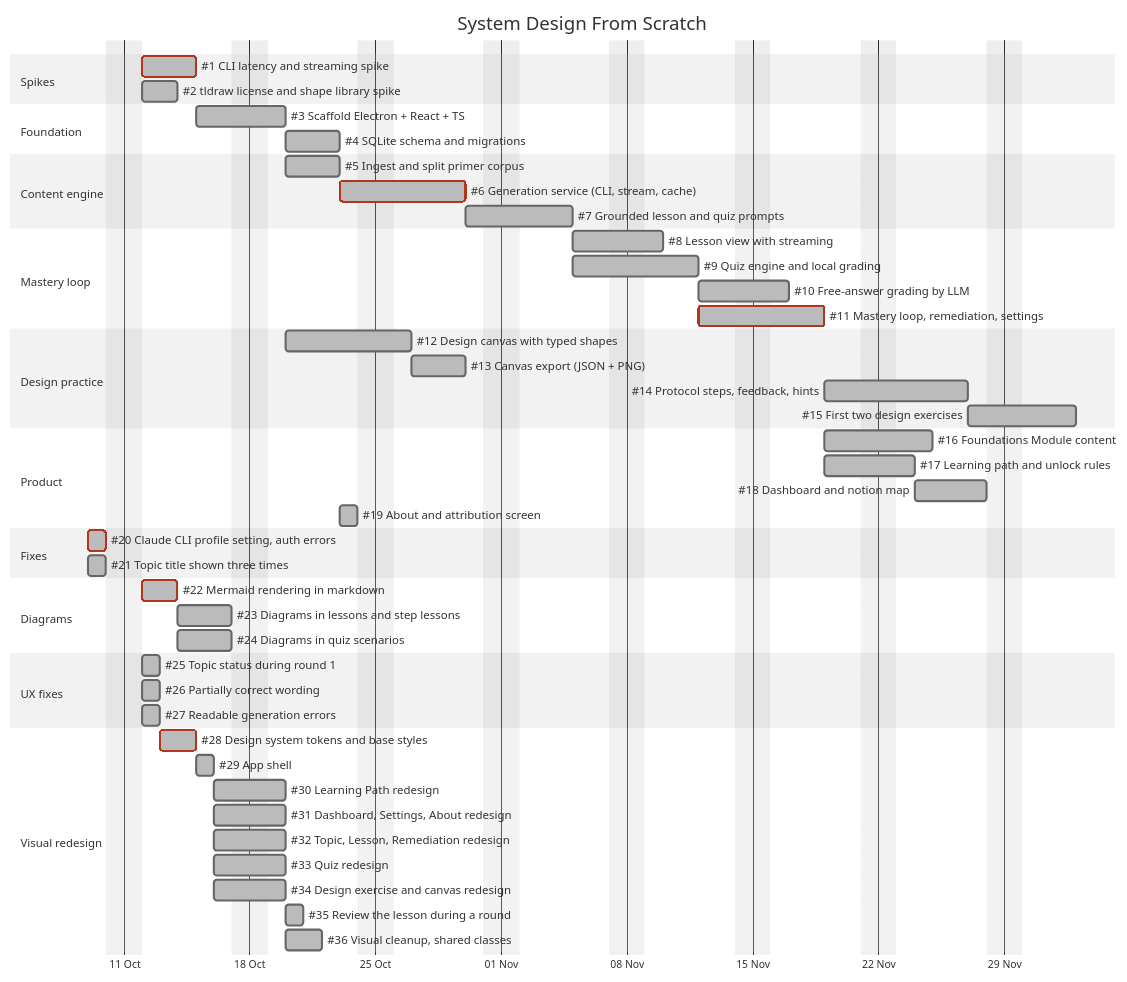
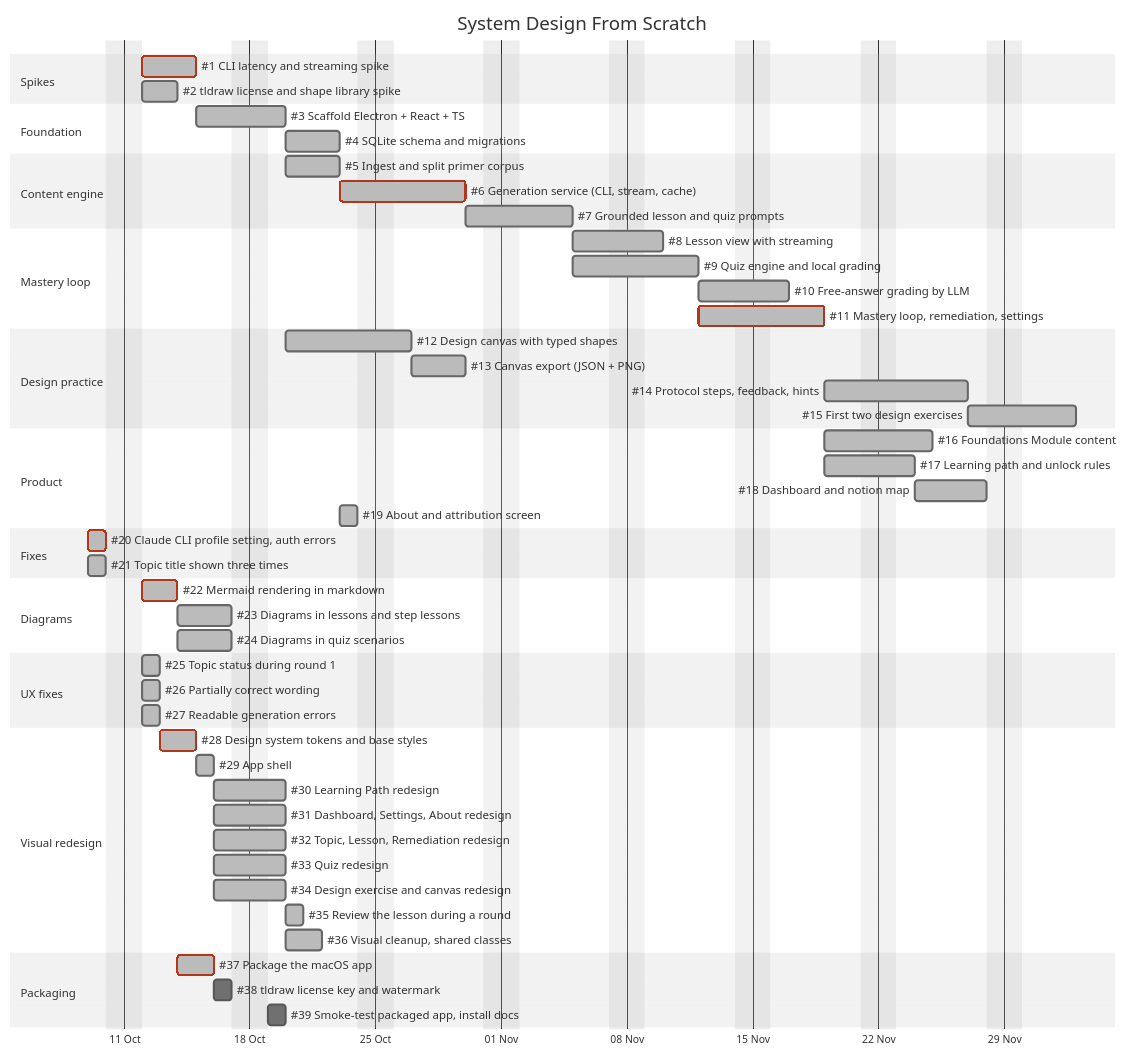
Before and after one commit to jbclaramonte/system-design-from-scratch: the diagram in docs/ROADMAP.md, drawn with Mermaid (neutral theme). The commit also changed other lines of this file and 13 other files, not shown here.

First line of the commit message:
feat: package the macOS app (arm64) with electron-builder

````diff
--- a/docs/ROADMAP.md
+++ b/docs/ROADMAP.md
@@ -13,63 +13,68 @@
 ```mermaid
 gantt
     title System Design From Scratch
     dateFormat YYYY-MM-DD
     excludes weekends
     axisFormat %d %b
 
     section Spikes
     #1 CLI latency and streaming spike        :done, crit, s1, 2026-10-12, 3d
     #2 tldraw license and shape library spike :done, s2, 2026-10-12, 2d
 
     section Foundation
     #3 Scaffold Electron + React + TS         :done, f1, after s1, 3d
     #4 SQLite schema and migrations           :done, f2, after f1, 3d
 
     section Content engine
     #5 Ingest and split primer corpus         :done, c1, after f1, 3d
     #6 Generation service (CLI, stream, cache):done, crit, c2, after f2, 5d
     #7 Grounded lesson and quiz prompts       :done, c3, after c1 c2, 4d
 
     section Mastery loop
     #8 Lesson view with streaming             :done, m1, after c3, 3d
     #9 Quiz engine and local grading          :done, m2, after c3, 5d
     #10 Free-answer grading by LLM            :done, m3, after m2, 3d
     #11 Mastery loop, remediation, settings   :done, crit, m4, after m1 m2, 5d
 
     section Design practice
     #12 Design canvas with typed shapes       :done, d1, after s2 f1, 5d
     #13 Canvas export (JSON + PNG)            :done, d2, after d1, 3d
     #14 Protocol steps, feedback, hints       :done, d3, after d2 m4, 6d
     #15 First two design exercises            :done, d4, after d3, 4d
 
     section Product
     #16 Foundations Module content            :done, p1, after m4, 4d
     #17 Learning path and unlock rules        :done, p2, after m4, 3d
     #18 Dashboard and notion map              :done, p3, after p2, 4d
     #19 About and attribution screen          :done, p4, after c1, 1d
 
     section Fixes
     #20 Claude CLI profile setting, auth errors :done, crit, x1, 2026-10-09, 1d
     #21 Topic title shown three times         :done, x2, 2026-10-09, 1d
 
     section Diagrams
     #22 Mermaid rendering in markdown         :done, crit, g1, 2026-10-12, 2d
     #23 Diagrams in lessons and step lessons  :done, g2, after g1, 3d
     #24 Diagrams in quiz scenarios            :done, g3, after g1, 3d
 
     section UX fixes
     #25 Topic status during round 1           :done, u1, 2026-10-12, 1d
     #26 Partially correct wording             :done, u2, 2026-10-12, 1d
     #27 Readable generation errors            :done, u3, 2026-10-12, 1d
 
     section Visual redesign
     #28 Design system tokens and base styles  :done, crit, v1, 2026-10-13, 2d
     #29 App shell                             :done, v2, after v1, 1d
     #30 Learning Path redesign                :done, v3, after v2, 2d
     #31 Dashboard, Settings, About redesign   :done, v4, after v2, 2d
     #32 Topic, Lesson, Remediation redesign   :done, v5, after v2, 2d
     #33 Quiz redesign                         :done, v6, after v2, 2d
     #34 Design exercise and canvas redesign   :done, v7, after v2, 2d
     #35 Review the lesson during a round      :done, v8, after v5, 1d
     #36 Visual cleanup, shared classes        :done, v9, after v7, 2d
+
+    section Packaging
+    #37 Package the macOS app                 :done, crit, k1, 2026-10-14, 2d
+    #38 tldraw license key and watermark      :k2, after k1, 1d
+    #39 Smoke-test packaged app, install docs :k3, after k2, 1d
 ```
````
